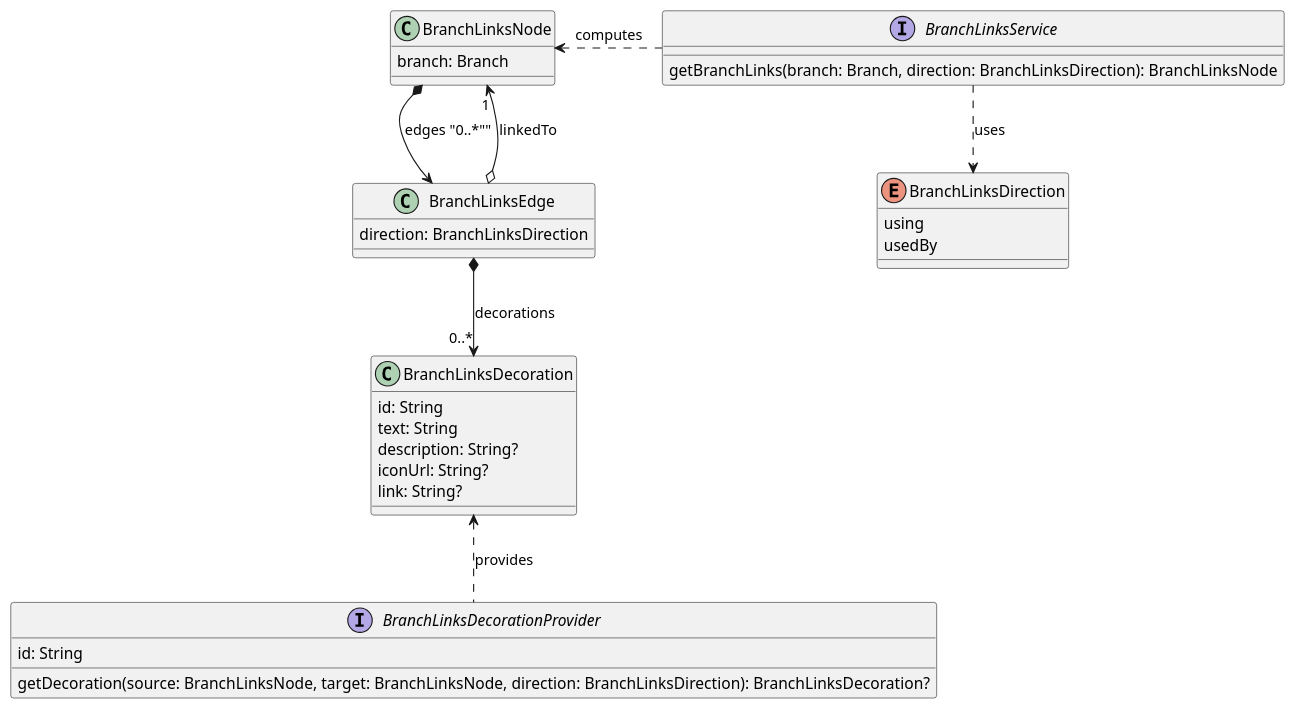
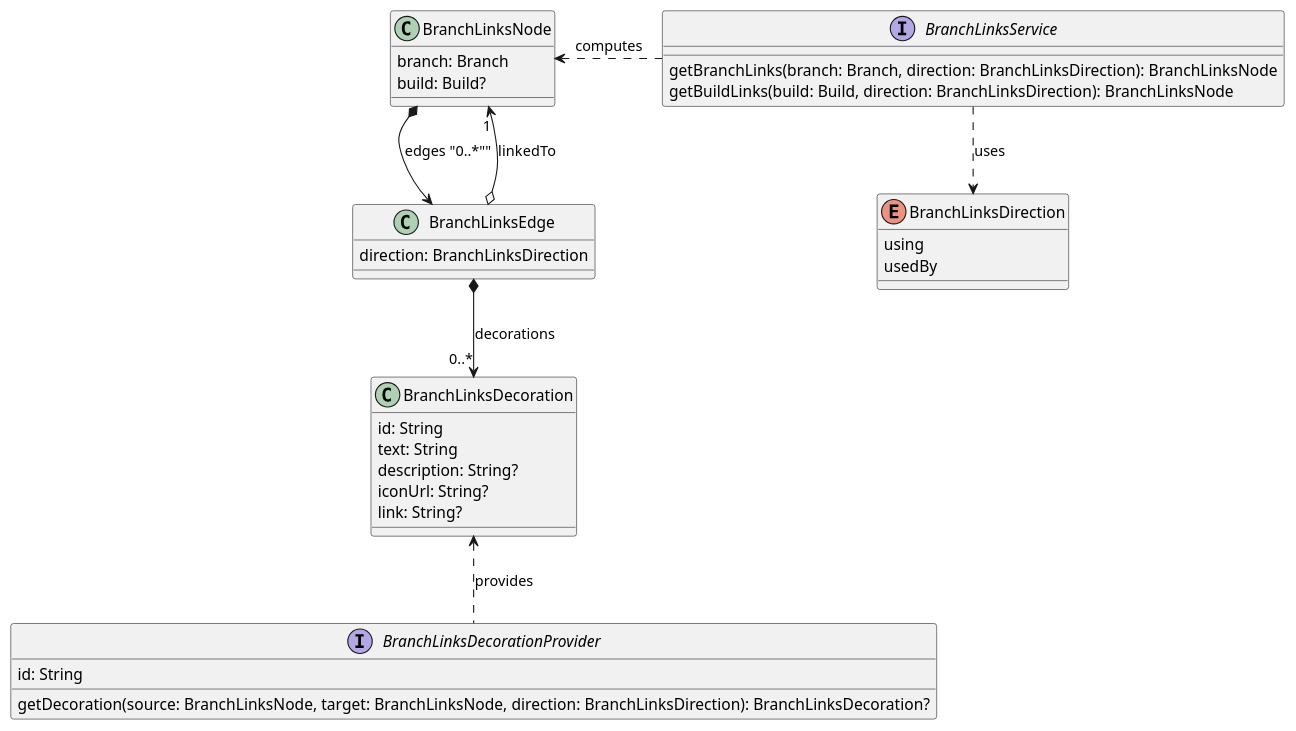
The diagram in ontrack-model/src/main/java/net/nemerosa/ontrack/model/links/branch-links-model.puml (nemerosa/ontrack), drawn with PlantUML before and after one commit. The commit also changed 2 other files, not shown here.

Commit message:
#857 Branch graph model decorated with builds

```diff
--- a/ontrack-model/src/main/java/net/nemerosa/ontrack/model/links/branch-links-model.puml
+++ b/ontrack-model/src/main/java/net/nemerosa/ontrack/model/links/branch-links-model.puml
@@ -1,43 +1,45 @@
 @startuml
 
 class BranchLinksNode {
     branch: Branch
+    build: Build?
 }
 
 class BranchLinksEdge {
     direction: BranchLinksDirection
 }
 
 BranchLinksNode *--> BranchLinksEdge: edges "0..*""
 BranchLinksEdge o--> BranchLinksNode: linkedTo "1"
 
 class BranchLinksDecoration {
     id: String
     text: String
     description: String?
     iconUrl: String?
     link: String?
 }
 
 BranchLinksEdge *--> BranchLinksDecoration: decorations "0..*"
 
 interface BranchLinksDecorationProvider {
     id: String
     getDecoration(source: BranchLinksNode, target: BranchLinksNode, direction: BranchLinksDirection): BranchLinksDecoration?
 }
 
 BranchLinksDecorationProvider .up.> BranchLinksDecoration: provides
 
 interface BranchLinksService {
     getBranchLinks(branch: Branch, direction: BranchLinksDirection): BranchLinksNode
+    getBuildLinks(build: Build, direction: BranchLinksDirection): BranchLinksNode
 }
 
 enum BranchLinksDirection {
     using
     usedBy
 }
 
 BranchLinksService .left.> BranchLinksNode: computes
 BranchLinksService .down.> BranchLinksDirection: uses
 
 @enduml
```
